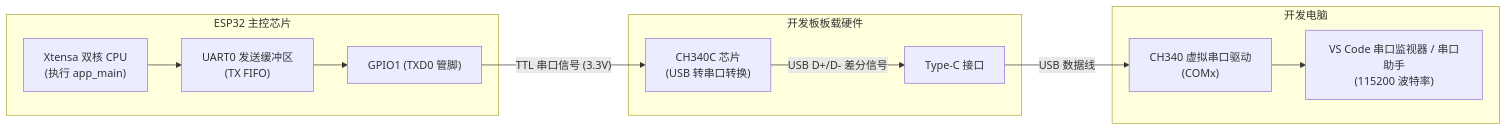
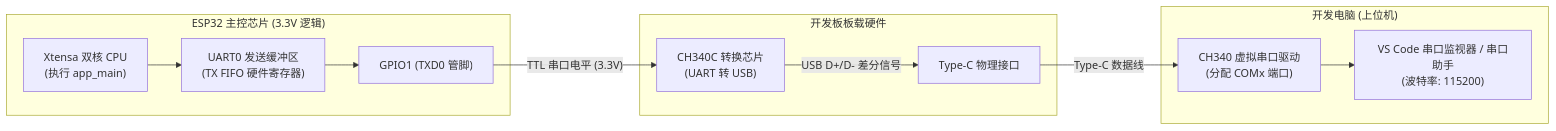
One commit to CalvinQiang/esp32-starter-journey changed the diagram in book/01_串口通信与HelloWorld深度解析.md. Above: the diagram before and after it, drawn with Mermaid. The commit also changed other lines of this file, not shown here.

````diff
--- a/book/01_串口通信与HelloWorld深度解析.md
+++ b/book/01_串口通信与HelloWorld深度解析.md
@@ -22,17 +23,17 @@
 ```mermaid
 flowchart LR
-    subgraph ESP32 ["ESP32 主控芯片"]
-        CPU["Xtensa 双核 CPU\n(执行 app_main)"] --> FIFO["UART0 发送缓冲区\n(TX FIFO)"]
+    subgraph ESP32 ["ESP32 主控芯片 (3.3V 逻辑)"]
+        CPU["Xtensa 双核 CPU\n(执行 app_main)"] --> FIFO["UART0 发送缓冲区\n(TX FIFO 硬件寄存器)"]
         FIFO --> PinTX["GPIO1 (TXD0 管脚)"]
     end
 
     subgraph Board ["开发板板载硬件"]
-        PinTX -- "TTL 串口信号 (3.3V)" --> CH340C["CH340C 芯片\n(USB 转串口转换)"]
-        CH340C -- "USB D+/D- 差分信号" --> TypeC["Type-C 接口"]
+        PinTX -- "TTL 串口电平 (3.3V)" --> CH340C["CH340C 转换芯片\n(UART 转 USB)"]
+        CH340C -- "USB D+/D- 差分信号" --> TypeC["Type-C 物理接口"]
     end
 
-    subgraph PC ["开发电脑"]
-        TypeC -- "USB 数据线" --> Driver["CH340 虚拟串口驱动\n(COMx)"]
-        Driver --> Monitor["VS Code 串口监视器 / 串口助手\n(115200 波特率)"]
+    subgraph PC ["开发电脑 (上位机)"]
+        TypeC -- "Type-C 数据线" --> Driver["CH340 虚拟串口驱动\n(分配 COMx 端口)"]
+        Driver --> Monitor["VS Code 串口监视器 / 串口助手\n(波特率: 115200)"]
     end
 ```
````
